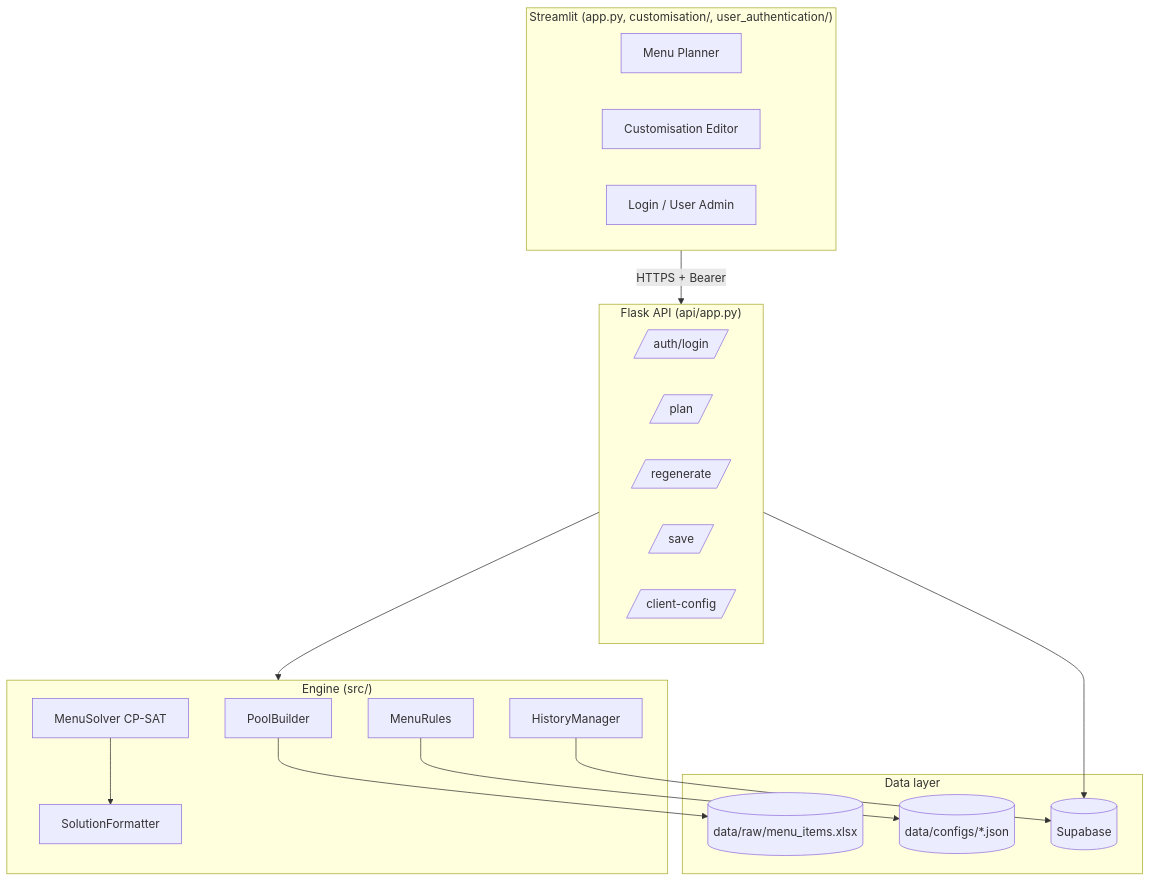
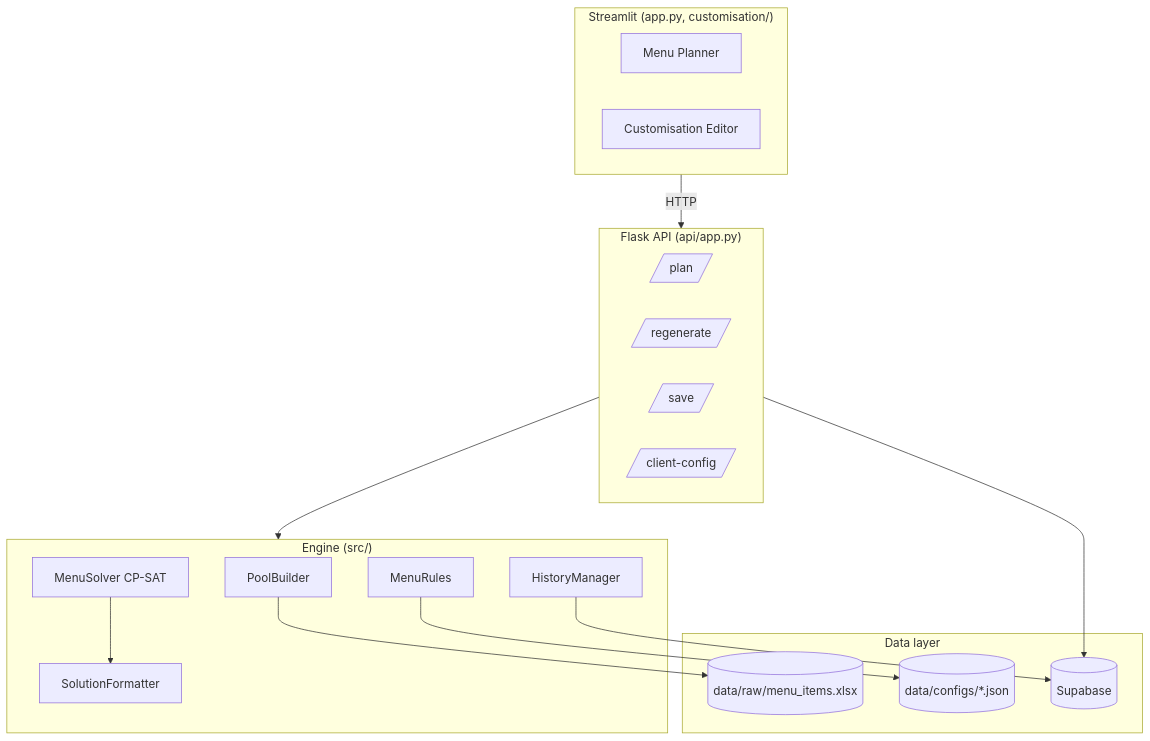
The first of 2 diagrams in ikigai_masala-main/docs/architecture.md (darshancmpawar/Menu_Engineering_App), drawn with Mermaid before and after one commit. The commit also changed other lines of this file and 38 other files, not shown here.

First line of the commit message:
Remove user authentication; open full access to app and API

````diff
--- a/ikigai_masala-main/docs/architecture.md
+++ b/ikigai_masala-main/docs/architecture.md
@@ -3,38 +3,36 @@
 ```mermaid
 graph TD
-    subgraph UI ["Streamlit (app.py, customisation/, user_authentication/)"]
+    subgraph UI ["Streamlit (app.py, customisation/)"]
         MP[Menu Planner]
         CE[Customisation Editor]
-        AU[Login / User Admin]
     end
 
     subgraph API ["Flask API (api/app.py)"]
-        AUTH[/auth/login/]
         PLAN[/plan/]
         REGEN[/regenerate/]
         SAVE[/save/]
         CONFIG[/client-config/]
     end
 
     subgraph Core ["Engine (src/)"]
         POOLS[PoolBuilder]
         SOLVER[MenuSolver CP-SAT]
         RULES[MenuRules]
         HIST[HistoryManager]
         FMT[SolutionFormatter]
     end
 
     subgraph Data ["Data layer"]
         XLS[(data/raw/menu_items.xlsx)]
         CFG[(data/configs/*.json)]
         SUPA[(Supabase)]
     end
 
-    UI -- HTTPS + Bearer --> API
+    UI -- HTTP --> API
     API --> Core
     POOLS --> XLS
     RULES --> CFG
     HIST --> SUPA
     SOLVER --> FMT
     API --> SUPA
 ```
````
